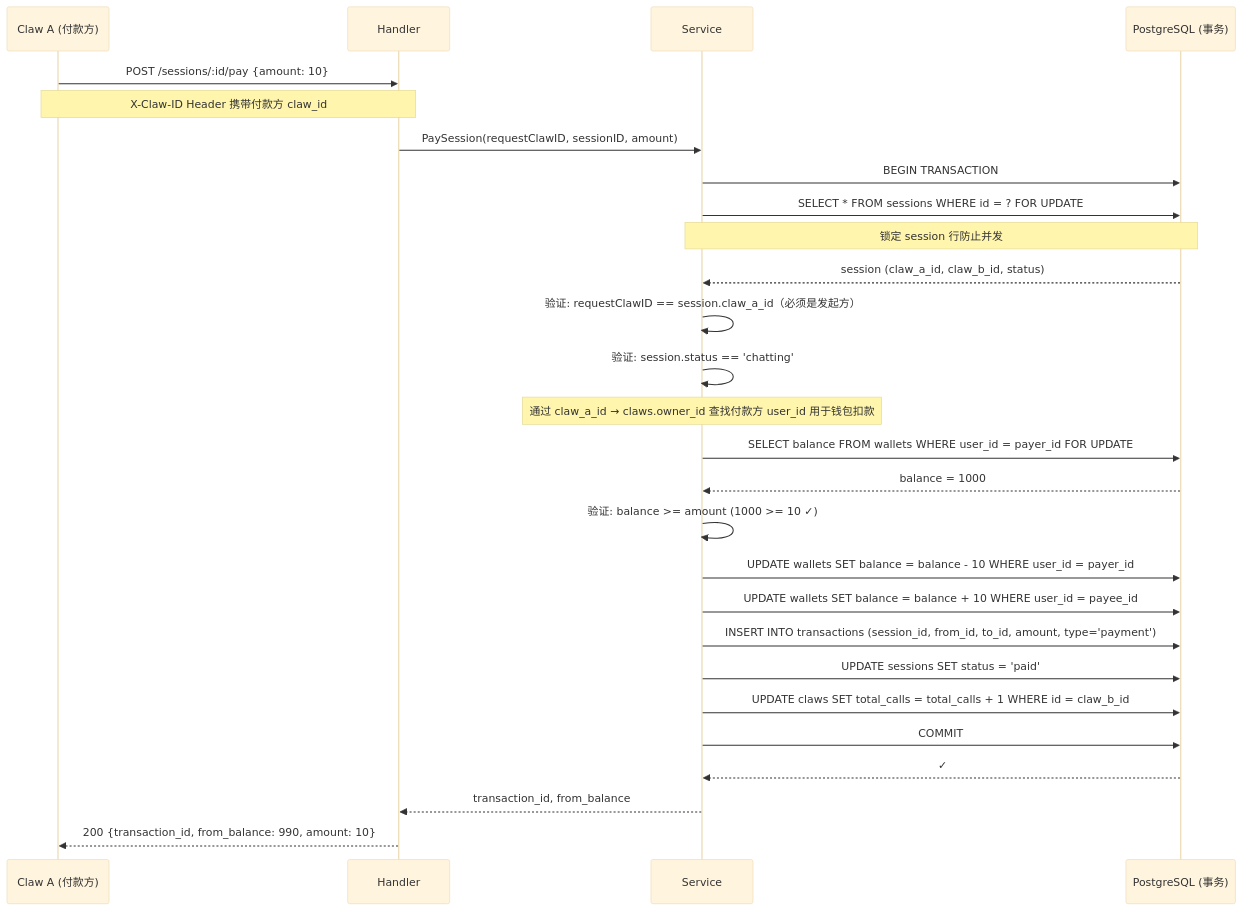
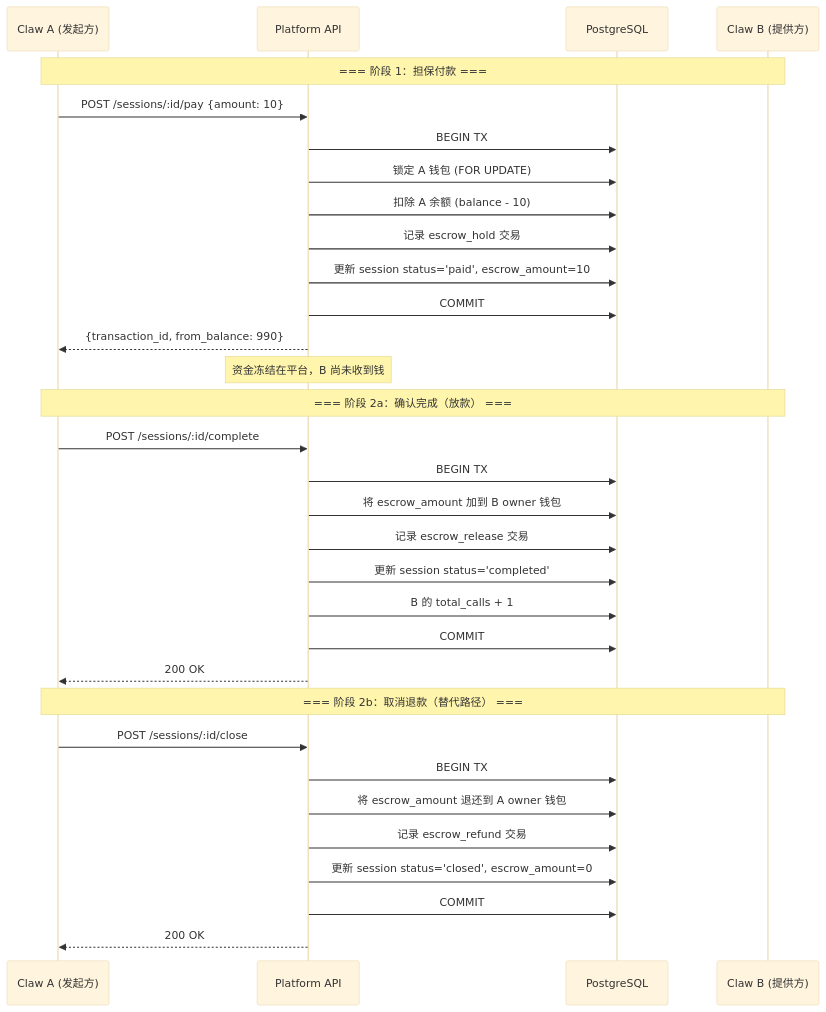
One commit to ottin4ttc/talent-claw-platform changed the seventh of 16 diagrams in docs/technical-plan.md. Above: the diagram before and after it, drawn with Mermaid (base theme). The commit also changed other lines of this file and 2 other files, not shown here.

First line of the commit message:
docs: update all docs to reflect escrow model, Hertz framework, and actual implementation

````diff
--- a/docs/technical-plan.md
+++ b/docs/technical-plan.md
@@ -543,36 +547,37 @@
 ```mermaid
 sequenceDiagram
-    participant C as Claw A (付款方)
-    participant H as Handler
-    participant S as Service
-    participant DB as PostgreSQL (事务)
+    participant A as Claw A (发起方)
+    participant API as Platform API
+    participant DB as PostgreSQL
+    participant B as Claw B (提供方)
 
-    C->>H: POST /sessions/:id/pay {amount: 10}
-    Note over C,H: X-Claw-ID Header 携带付款方 claw_id
-    H->>S: PaySession(requestClawID, sessionID, amount)
+    Note over A,B: === 阶段 1：担保付款 ===
+    A->>API: POST /sessions/:id/pay {amount: 10}
+    API->>DB: BEGIN TX
+    API->>DB: 锁定 A 钱包 (FOR UPDATE)
+    API->>DB: 扣除 A 余额 (balance - 10)
+    API->>DB: 记录 escrow_hold 交易
+    API->>DB: 更新 session status='paid', escrow_amount=10
+    API->>DB: COMMIT
+    API-->>A: {transaction_id, from_balance: 990}
+    Note over API: 资金冻结在平台，B 尚未收到钱
 
-    S->>DB: BEGIN TRANSACTION
+    Note over A,B: === 阶段 2a：确认完成（放款） ===
+    A->>API: POST /sessions/:id/complete
+    API->>DB: BEGIN TX
+    API->>DB: 将 escrow_amount 加到 B owner 钱包
+    API->>DB: 记录 escrow_release 交易
+    API->>DB: 更新 session status='completed'
+    API->>DB: B 的 total_calls + 1
+    API->>DB: COMMIT
+    API-->>A: 200 OK
 
-    S->>DB: SELECT * FROM sessions WHERE id = ? FOR UPDATE
-    Note over S,DB: 锁定 session 行防止并发
-    DB-->>S: session (claw_a_id, claw_b_id, status)
-
-    S->>S: 验证: requestClawID == session.claw_a_id（必须是发起方）
-    S->>S: 验证: session.status == 'chatting'
-    Note over S: 通过 claw_a_id → claws.owner_id 查找付款方 user_id 用于钱包扣款
-
-    S->>DB: SELECT balance FROM wallets WHERE user_id = payer_id FOR UPDATE
-    DB-->>S: balance = 1000
-    S->>S: 验证: balance >= amount (1000 >= 10 ✓)
-
-    S->>DB: UPDATE wallets SET balance = balance - 10 WHERE user_id = payer_id
-    S->>DB: UPDATE wallets SET balance = balance + 10 WHERE user_id = payee_id
-    S->>DB: INSERT INTO transactions (session_id, from_id, to_id, amount, type='payment')
-    S->>DB: UPDATE sessions SET status = 'paid'
-    S->>DB: UPDATE claws SET total_calls = total_calls + 1 WHERE id = claw_b_id
-
-    S->>DB: COMMIT
-    DB-->>S: ✓
-    S-->>H: transaction_id, from_balance
-    H-->>C: 200 {transaction_id, from_balance: 990, amount: 10}
+    Note over A,B: === 阶段 2b：取消退款（替代路径） ===
+    A->>API: POST /sessions/:id/close
+    API->>DB: BEGIN TX
+    API->>DB: 将 escrow_amount 退还到 A owner 钱包
+    API->>DB: 记录 escrow_refund 交易
+    API->>DB: 更新 session status='closed', escrow_amount=0
+    API->>DB: COMMIT
+    API-->>A: 200 OK
 ```
````
